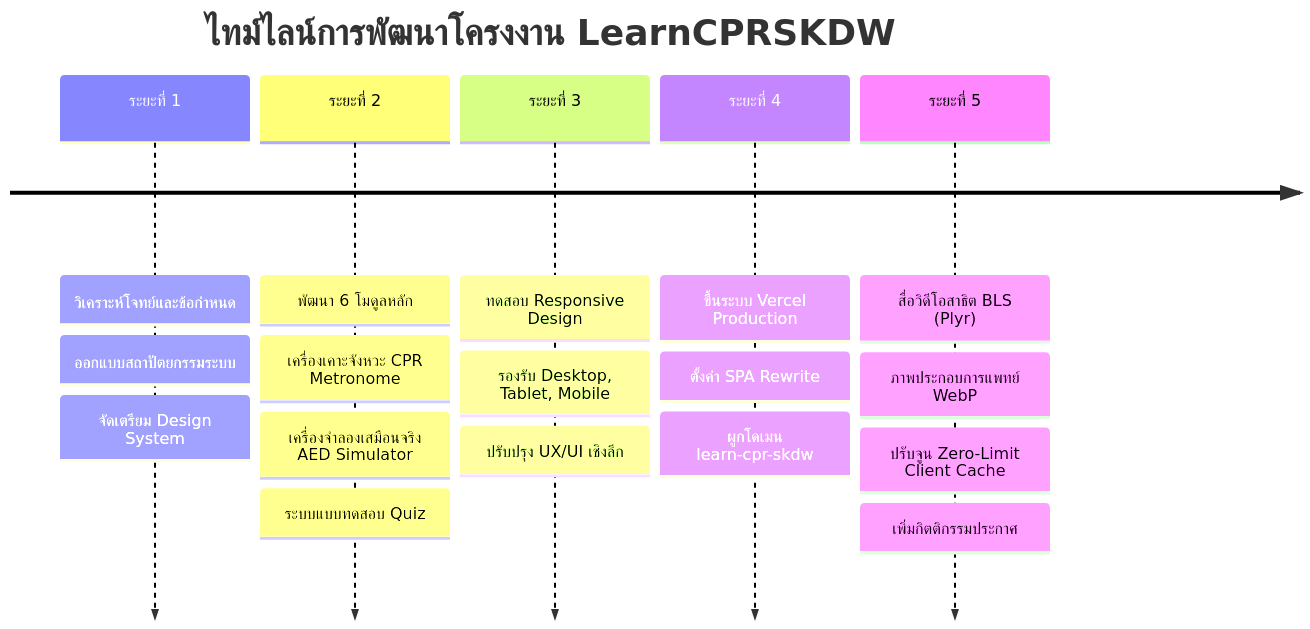
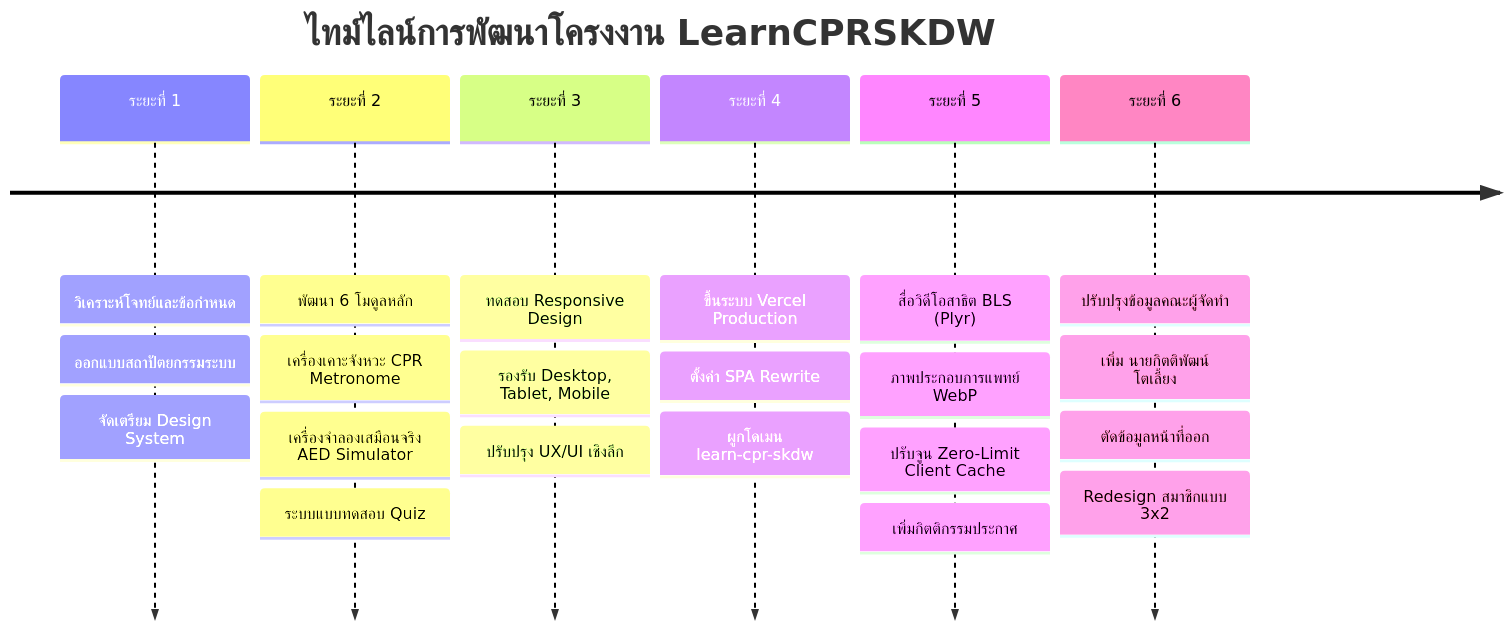
The diagram in development.md (bpppoh/LearnCPRSKDW), drawn with Mermaid before and after one commit. The commit also changed other lines of this file, not shown here.

Commit message:
docs: record Phase 6 team update and redesign in development.md

````diff
--- a/development.md
+++ b/development.md
@@ -43,9 +43,10 @@
 ```mermaid
 timeline
     title ไทม์ไลน์การพัฒนาโครงงาน LearnCPRSKDW
     ระยะที่ 1 : วิเคราะห์โจทย์และข้อกำหนด : ออกแบบสถาปัตยกรรมระบบ : จัดเตรียม Design System
     ระยะที่ 2 : พัฒนา 6 โมดูลหลัก : เครื่องเคาะจังหวะ CPR Metronome : เครื่องจำลองเสมือนจริง AED Simulator : ระบบแบบทดสอบ Quiz
     ระยะที่ 3 : ทดสอบ Responsive Design : รองรับ Desktop, Tablet, Mobile : ปรับปรุง UX/UI เชิงลึก
     ระยะที่ 4 : ขึ้นระบบ Vercel Production : ตั้งค่า SPA Rewrite : ผูกโดเมน learn-cpr-skdw
     ระยะที่ 5 : สื่อวิดีโอสาธิต BLS (Plyr) : ภาพประกอบการแพทย์ WebP : ปรับจูน Zero-Limit Client Cache : เพิ่มกิตติกรรมประกาศ
+    ระยะที่ 6 : ปรับปรุงข้อมูลคณะผู้จัดทำ : เพิ่ม นายกิตติพัฒน์ โตเลี้ยง : ตัดข้อมูลหน้าที่ออก : Redesign สมาชิกแบบ 3x2
 ```
````
